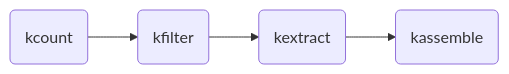
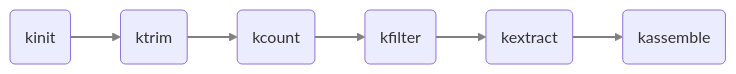
One commit to eaton-lab/kmerkit changed the diagram in docs/cookbooks/1-amaranthus-dioecy.md. Above: the diagram before and after it, drawn with Mermaid. The commit also changed other lines of this file and 5 other files, not shown here.

````diff
--- a/docs/cookbooks/1-amaranthus-dioecy.md
+++ b/docs/cookbooks/1-amaranthus-dioecy.md
@@ -5,8 +5,12 @@
 ```mermaid
 graph LR
+	0(kinit)
+	1(ktrim)
 	A(kcount)
 	B(kfilter)
 	C(kextract)
 	D(kassemble)
-	A --> B --> C --> D
+	0 --> 1 --> A --> B --> C --> D
+
+linkStyle default stroke-width:2px,fill:none,stroke:grey;   	
 ```
````
